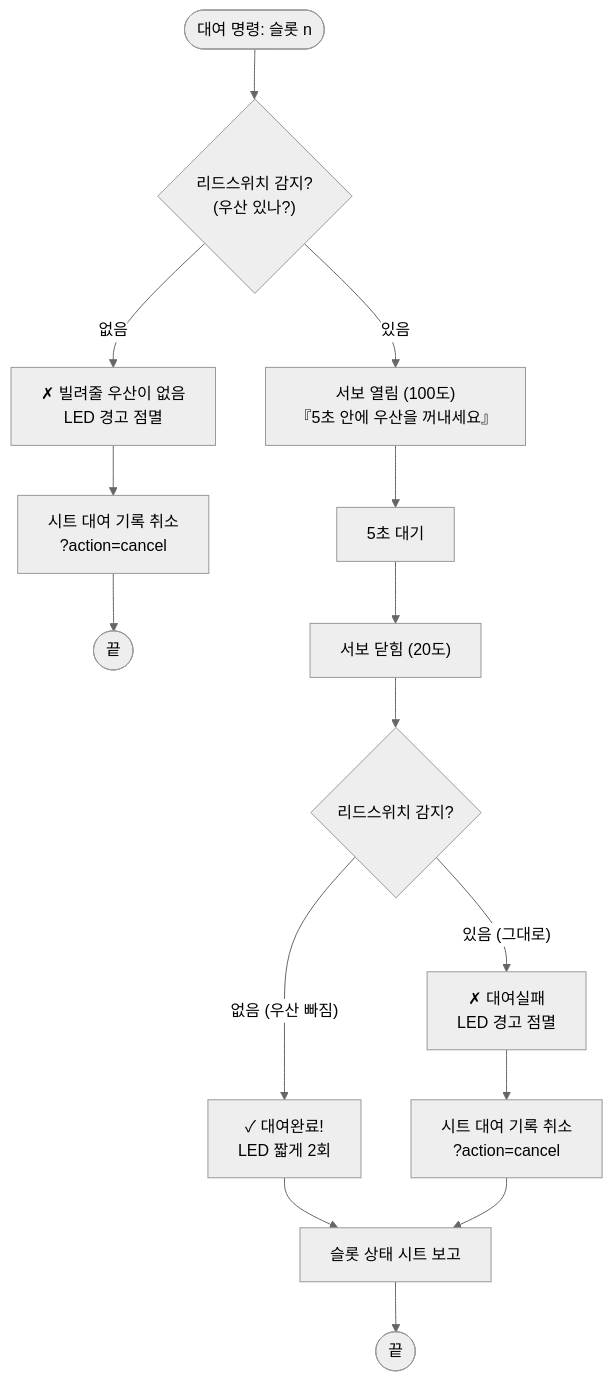
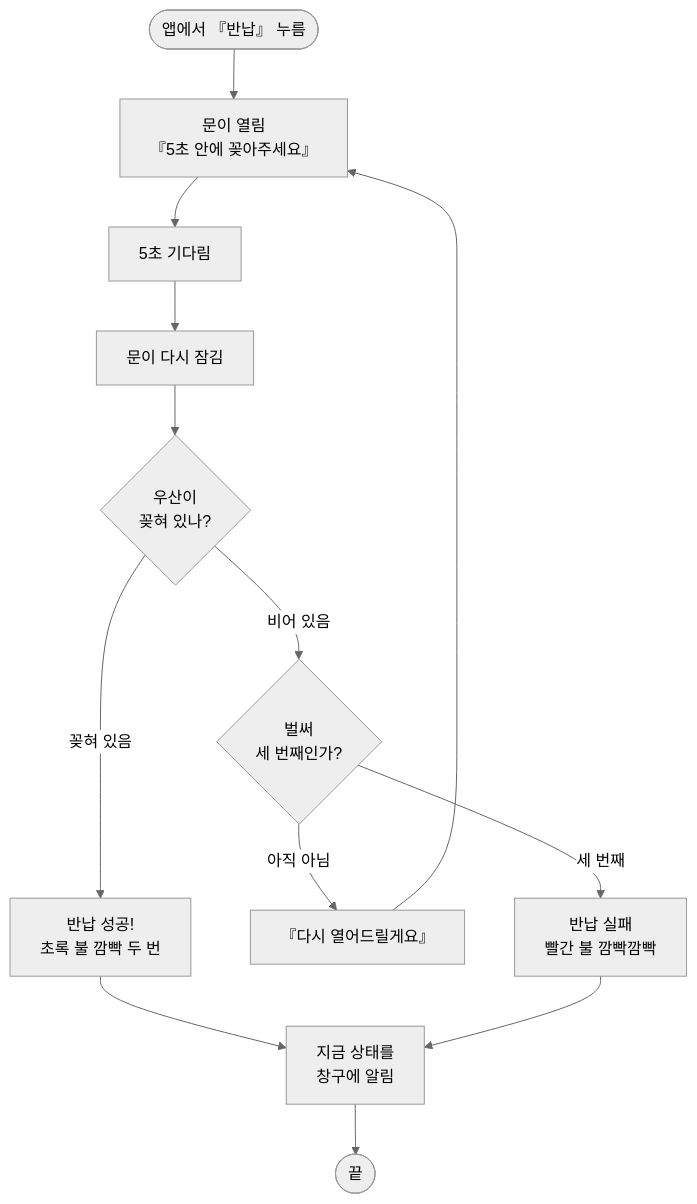
The third of 4 diagrams in esp32-class-projects/06_umbrella/step5_locker/flowchart.md (ralralra/eps32), drawn with Mermaid (neutral theme) before and after one commit. The commit also changed other lines of this file, not shown here.

````diff
--- a/esp32-class-projects/06_umbrella/step5_locker/flowchart.md
+++ b/esp32-class-projects/06_umbrella/step5_locker/flowchart.md
@@ -35,18 +55,16 @@
 ```mermaid
 flowchart TD
-    A([대여 명령: 슬롯 n]) --> B{"리드스위치 감지?<br/>(우산 있나?)"}
-    B -- "없음" --> C["✗ 빌려줄 우산이 없음<br/>LED 경고 점멸"]
-    C --> D["시트 대여 기록 취소<br/>?action=cancel"]
-    D --> Z([끝])
+    A(["앱에서 『반납』 누름"]) --> C["문이 열림<br/>『5초 안에 꽂아주세요』"]
+    C --> D["5초 기다림"]
+    D --> E["문이 다시 잠김"]
+    E --> F{"우산이<br/>꽂혀 있나?"}
+    F -- "꽂혀 있음" --> G["반납 성공!<br/>초록 불 깜빡 두 번"]
+    G --> H["지금 상태를<br/>창구에 알림"]
+    H --> Z(["끝"])
 
-    B -- "있음" --> E["서보 열림 (100도)<br/>『5초 안에 우산을 꺼내세요』"]
-    E --> F["5초 대기"]
-    F --> G["서보 닫힘 (20도)"]
-    G --> H{"리드스위치 감지?"}
-    H -- "없음 (우산 빠짐)" --> I["✓ 대여완료!<br/>LED 짧게 2회"]
-    H -- "있음 (그대로)" --> J["✗ 대여실패<br/>LED 경고 점멸"]
-    J --> K["시트 대여 기록 취소<br/>?action=cancel"]
-    I --> L["슬롯 상태 시트 보고"]
-    K --> L
-    L --> Z2([끝])
+    F -- "비어 있음" --> I{"벌써<br/>세 번째인가?"}
+    I -- "아직 아님" --> J["『다시 열어드릴게요』"]
+    J --> C
+    I -- "세 번째" --> K["반납 실패<br/>빨간 불 깜빡깜빡"]
+    K --> H
 ```
````
